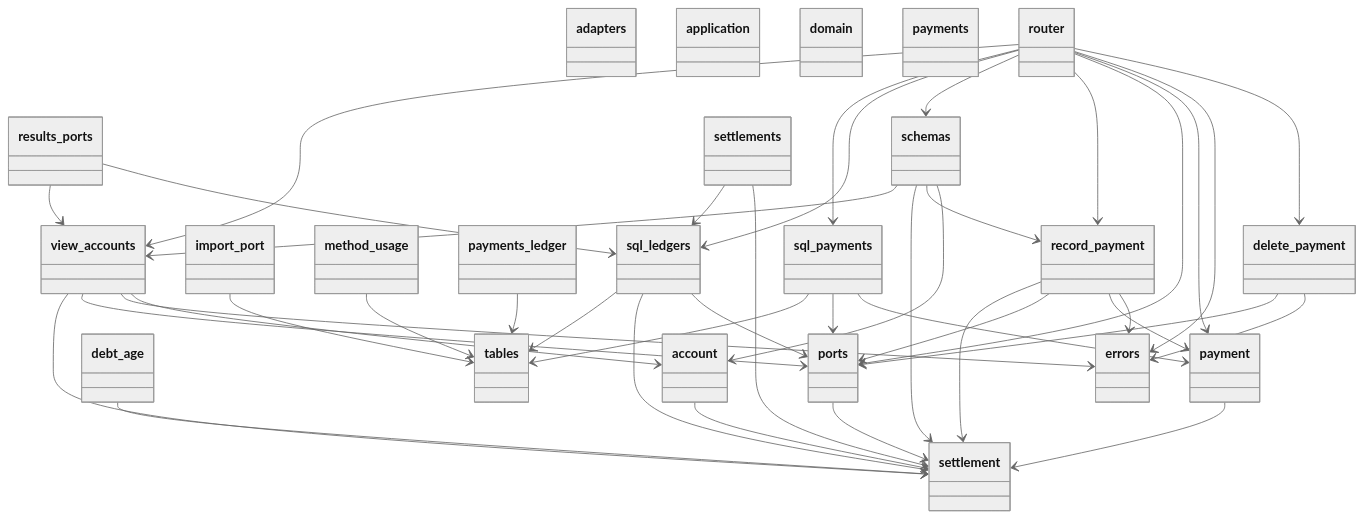
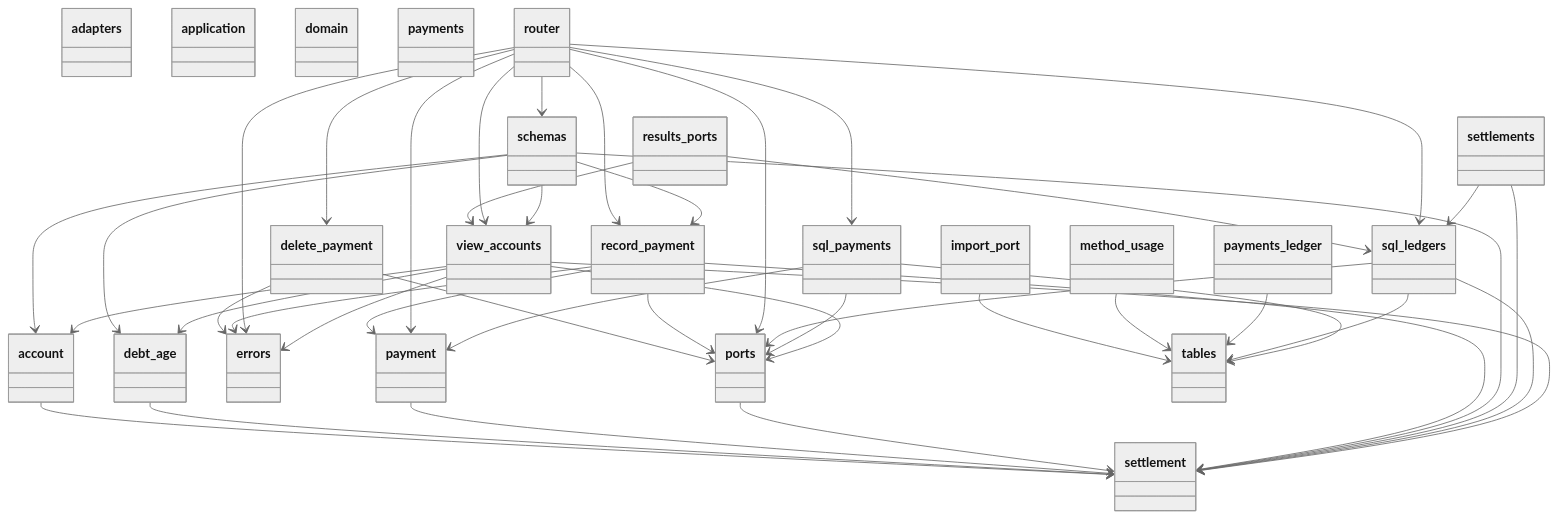
The first of 4 diagrams in docs/architecture/generated/classes/payments.md (GonzaloZevallos/apostrophe), drawn with Mermaid (neutral theme) before and after one commit. The commit also changed other lines of this file and 3 other files, not shown here.

```diff
--- a/docs/architecture/generated/classes/payments.md
+++ b/docs/architecture/generated/classes/payments.md
@@ -77,6 +77,7 @@
   router --> sql_payments
   router --> view_accounts
   schemas --> account
+  schemas --> debt_age
   schemas --> record_payment
   schemas --> settlement
   schemas --> view_accounts
@@ -89,6 +90,7 @@
   sql_payments --> ports
   sql_payments --> tables
   view_accounts --> account
+  view_accounts --> debt_age
   view_accounts --> errors
   view_accounts --> ports
   view_accounts --> settlement
```
